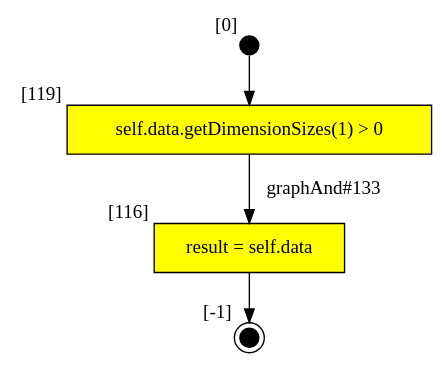
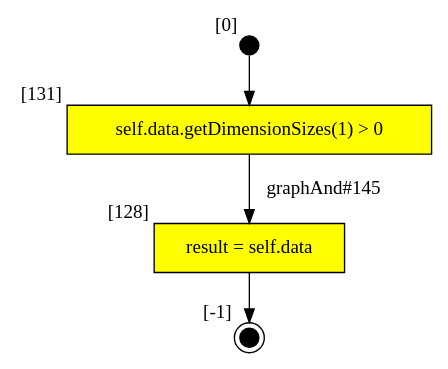
One commit to SamHseih/ocl-testcase-generator changed the diagram in output/CLG/VarArray/DynamicFixedsizeVarArrays_VarArray_getData_DCC.dot. Above: the diagram before and after it, drawn with Graphviz. The commit also changed 642 other files, not shown here.

```diff
--- a/output/CLG/VarArray/DynamicFixedsizeVarArrays_VarArray_getData_DCC.dot
+++ b/output/CLG/VarArray/DynamicFixedsizeVarArrays_VarArray_getData_DCC.dot
@@ -1,9 +1,9 @@
 digraph CLG {
-  116 [shape="box", label="result = self.data", style=filled, fillcolor=yellow, xlabel="[116]"];
-  117 [style=filled, fillcolor=black, shape="doublecircle", label="", fixedsize=true, width=.2, height=.2, xlabel="[-1]"];
-  118 [style=filled, fillcolor=black, shape="circle", label="", fixedsize=true, width=.2, height=.2, xlabel="[0]"];
-  119 [shape="box", label="self.data.getDimensionSizes(1) > 0", style=filled, fillcolor=yellow, xlabel="[119]"];
-  116 -> 117;
-  118 -> 119;
-  119 -> 116[label="graphAnd#133"];
+  128 [shape="box", label="result = self.data", style=filled, fillcolor=yellow, xlabel="[128]"];
+  129 [style=filled, fillcolor=black, shape="doublecircle", label="", fixedsize=true, width=.2, height=.2, xlabel="[-1]"];
+  130 [style=filled, fillcolor=black, shape="circle", label="", fixedsize=true, width=.2, height=.2, xlabel="[0]"];
+  131 [shape="box", label="self.data.getDimensionSizes(1) > 0", style=filled, fillcolor=yellow, xlabel="[131]"];
+  131 -> 128[label="graphAnd#145"];
+  128 -> 129;
+  130 -> 131;
 }
```
